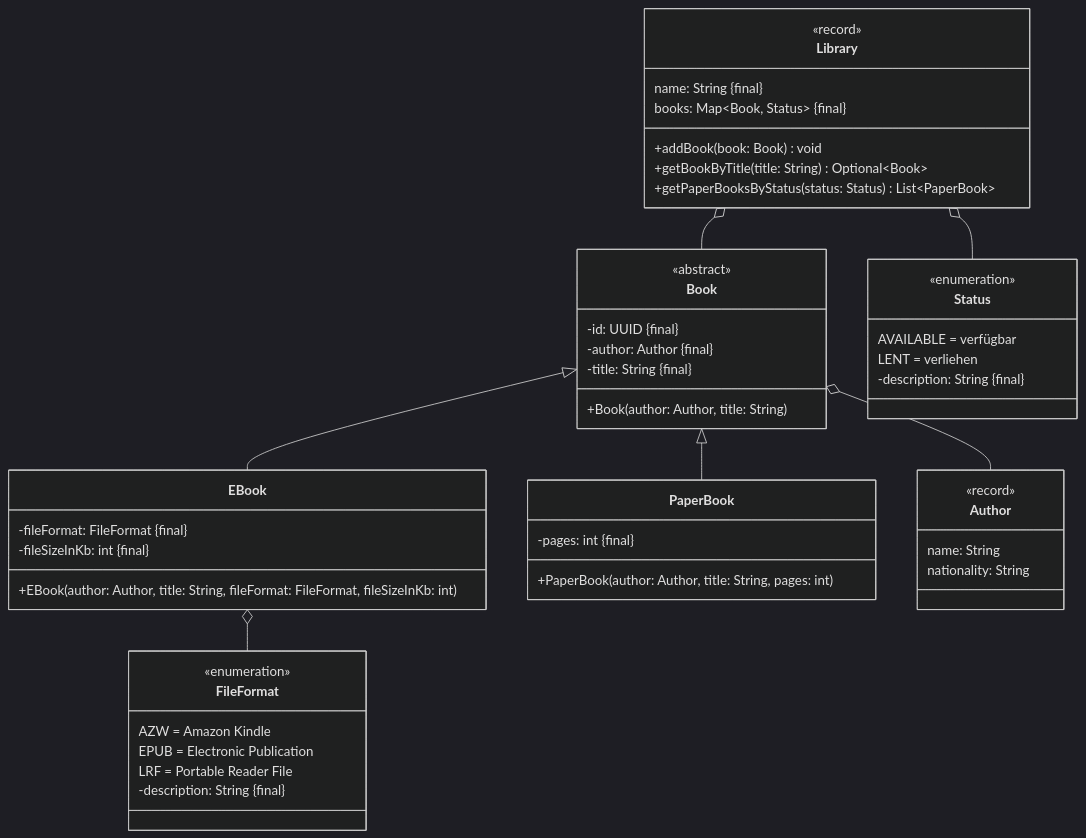
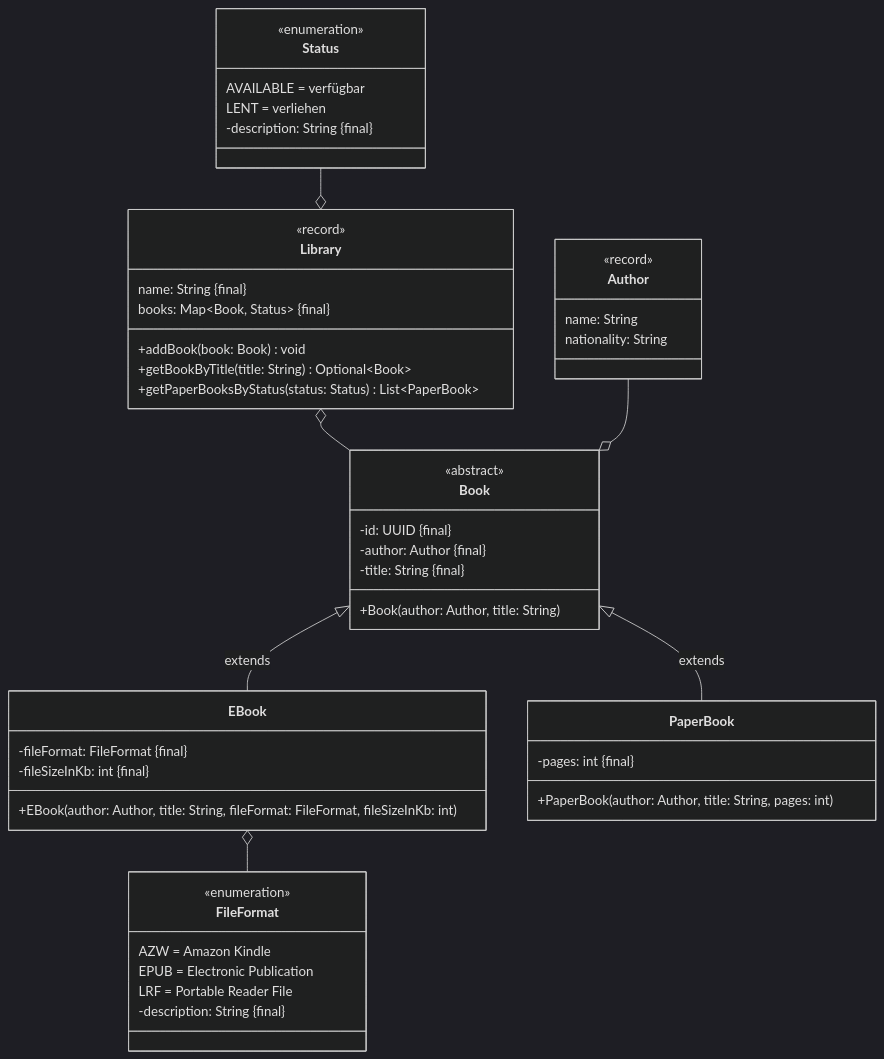
The diagram in docs/exam-exercises/exam-exercises-java2/library.md (jappuccini/java-docs), drawn with Mermaid (dark theme) before and after one commit. The commit also changed 36 other files, not shown here.

````diff
--- a/docs/exam-exercises/exam-exercises-java2/library.md
+++ b/docs/exam-exercises/exam-exercises-java2/library.md
@@ -12,58 +12,58 @@
 ```mermaid
 classDiagram
     Library o-- Book
-    Library o-- Status
-    Book <|-- EBook
-    Book <|-- PaperBook
-    Book o-- Author
+    Status --o Library
+    Book <|-- EBook : extends
+    Book <|-- PaperBook : extends
+    Author --o Book
     EBook o-- FileFormat
 
     class Library {
         <<record>>
         name: String &#123final&#125
         books: Map~Book, Status~ &#123final&#125
         +addBook(book: Book) void
         +getBookByTitle(title: String) Optional~Book~
         +getPaperBooksByStatus(status: Status) List~PaperBook~
     }
 
     class Status {
         <<enumeration>>
         AVAILABLE = verfügbar
         LENT = verliehen
         -description: String &#123final&#125
     }
 
     class Book {
         <<abstract>>
         -id: UUID &#123final&#125
         -author: Author &#123final&#125
         -title: String &#123final&#125
         +Book(author: Author, title: String)
     }
 
     class EBook {
         -fileFormat: FileFormat &#123final&#125
         -fileSizeInKb: int &#123final&#125
         +EBook(author: Author, title: String, fileFormat: FileFormat, fileSizeInKb: int)
     }
 
     class PaperBook {
         -pages: int &#123final&#125
         +PaperBook(author: Author, title: String, pages: int)
     }
 
     class Author {
         <<record>>
         name: String
         nationality: String
     }
 
     class FileFormat {
         <<enumeration>>
         AZW = Amazon Kindle
         EPUB = Electronic Publication
         LRF = Portable Reader File
         -description: String &#123final&#125
     }
 ```
````
